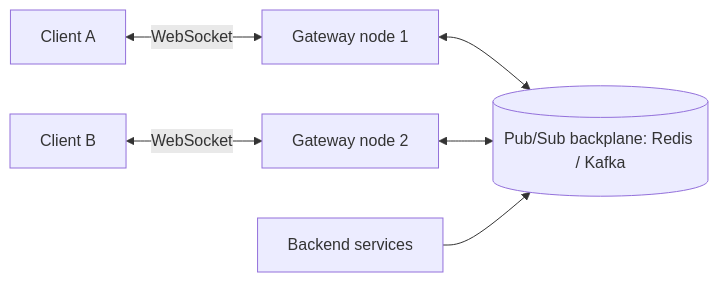
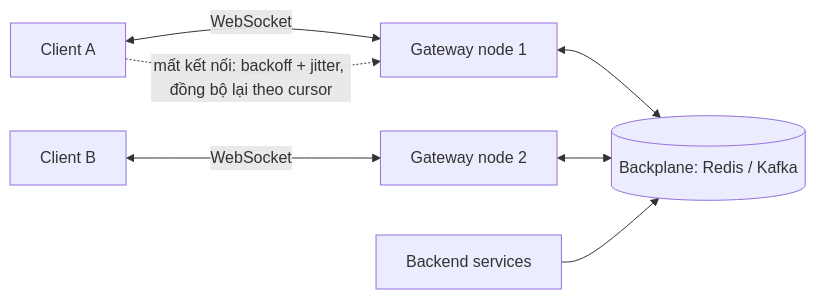
One commit to passion-Infinity/personal-tech-playbook changed the diagram in src/assets/knowledge/playbooks/backend/realtime-websocket-sse.md. Above: the diagram before and after it, drawn with Mermaid. The commit also changed other lines of this file and 4 other files, not shown here.

````diff
--- a/src/assets/knowledge/playbooks/backend/realtime-websocket-sse.md
+++ b/src/assets/knowledge/playbooks/backend/realtime-websocket-sse.md
@@ -16,8 +41,9 @@
 ```mermaid
 flowchart LR
-    C1[Client A] <-->|WebSocket| N1[Gateway node 1]
-    C2[Client B] <-->|WebSocket| N2[Gateway node 2]
-    N1 <--> BUS[("Pub/Sub backplane: Redis / Kafka")]
+    C1["Client A"] <-->|WebSocket| N1["Gateway node 1"]
+    C2["Client B"] <-->|WebSocket| N2["Gateway node 2"]
+    N1 <--> BUS[("Backplane: Redis / Kafka")]
     N2 <--> BUS
-    SVC[Backend services] --> BUS
+    SVC["Backend services"] --> BUS
+    C1 -.->|"mất kết nối: backoff + jitter, đồng bộ lại theo cursor"| N1
 ```
````
